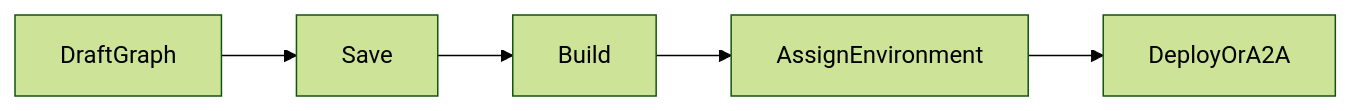
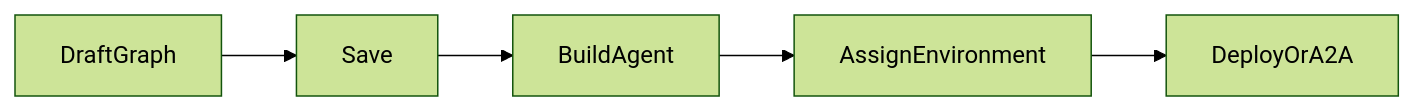
Before and after one commit to ashdeekonda/phinite-docs-c1: the diagram in graph-studio/publishing.md, drawn with Mermaid (forest theme). The commit also changed other lines of this file and 33 other files, not shown here.

First line of the commit message:
Revise documentation for Agent Cards and Graph Studio

````diff
--- a/graph-studio/publishing.md
+++ b/graph-studio/publishing.md
@@ -19,10 +20,10 @@
 ```mermaid
 flowchart LR
   draft[DraftGraph]
   save[Save]
-  build[Build]
+  build[BuildAgent]
   env[AssignEnvironment]
   deploy[DeployOrA2A]
 
   draft --> save --> build --> env --> deploy
 ```
````
